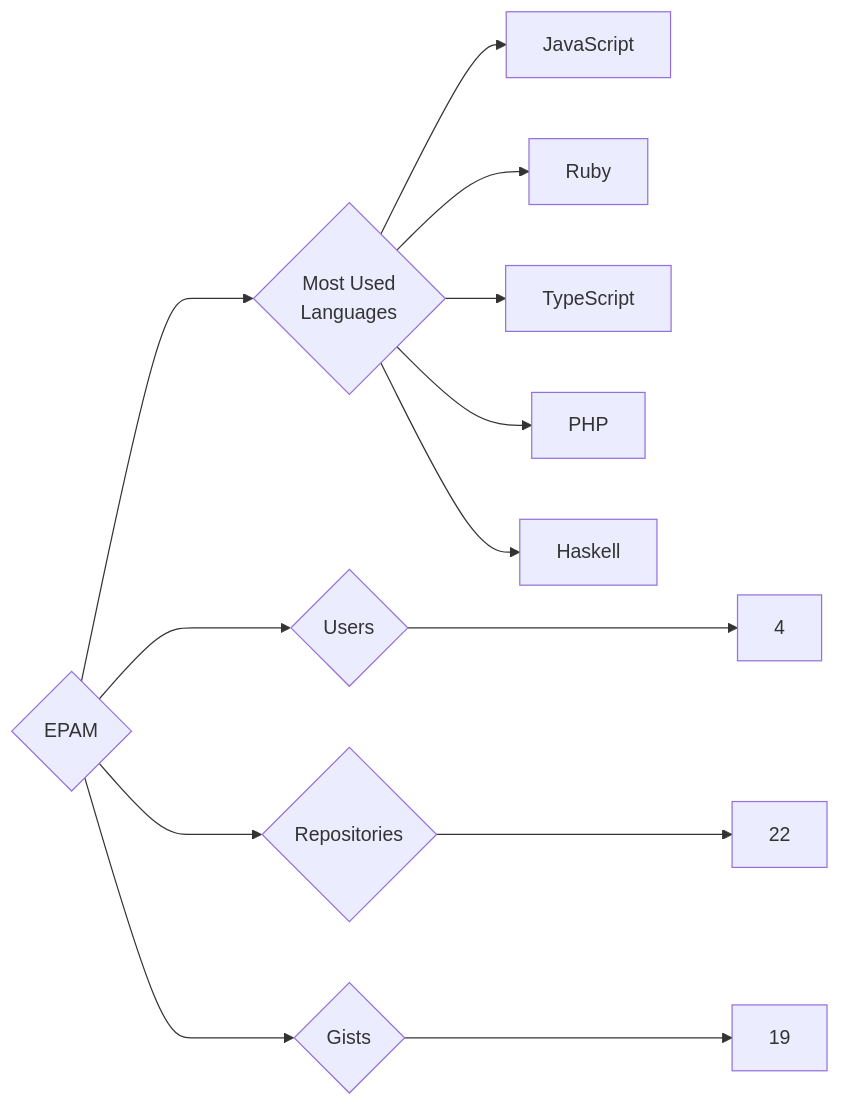
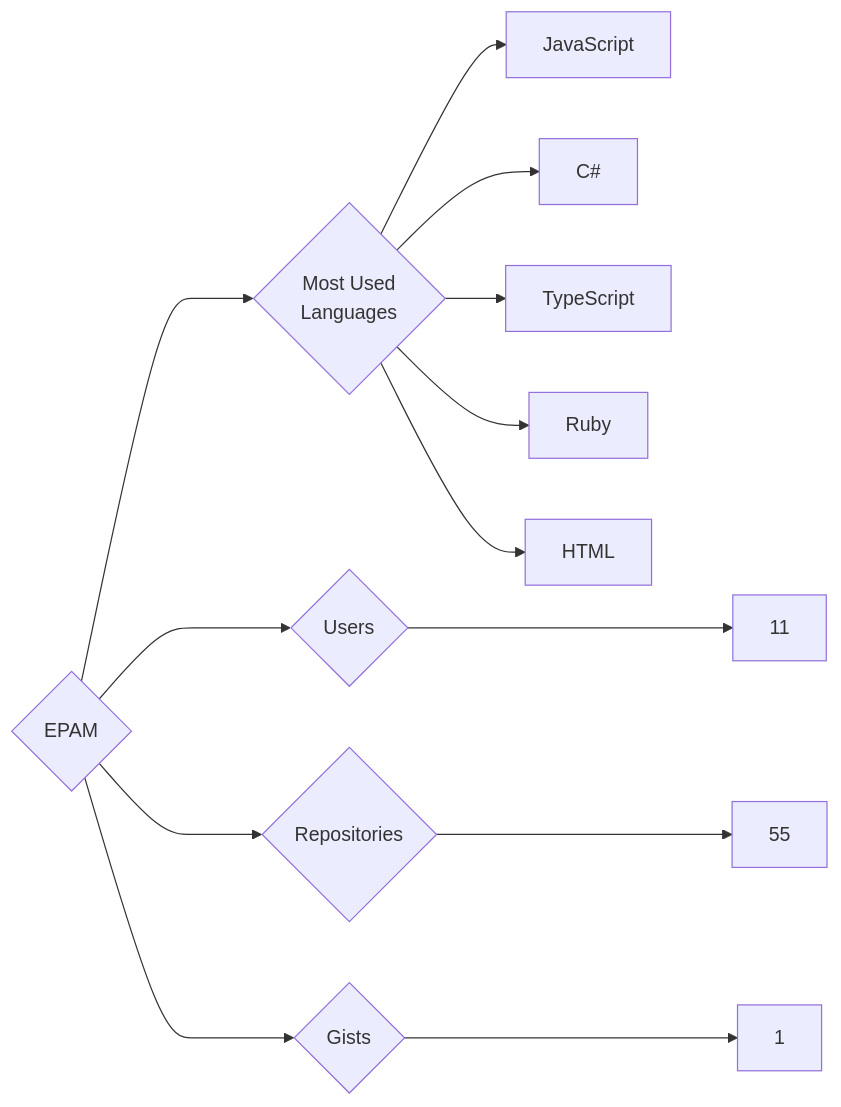
The diagram in targets/EPAM/README.md (trickest/insiders), drawn with Mermaid before and after one commit. The commit also changed 1167 other files, not shown here.

````diff
--- a/targets/EPAM/README.md
+++ b/targets/EPAM/README.md
@@ -3,13 +3,13 @@
 ```mermaid
 graph LR
 COMPANY_NAME{EPAM}
-COMPANY_NAME ---> U{Users} ---> UN[4]
-COMPANY_NAME ---> R{Repositories} ---> RN[22]
-COMPANY_NAME ---> G{Gists} ---> GN[19]
+COMPANY_NAME ---> U{Users} ---> UN[11]
+COMPANY_NAME ---> R{Repositories} ---> RN[55]
+COMPANY_NAME ---> G{Gists} ---> GN[1]
 COMPANY_NAME ---> ML{Most Used<br>Languages}
 ML --> JavaScript[JavaScript]
+ML --> C#[C#]
+ML --> TypeScript[TypeScript]
 ML --> Ruby[Ruby]
-ML --> TypeScript[TypeScript]
-ML --> PHP[PHP]
-ML --> Haskell[Haskell]
+ML --> HTML[HTML]
 ```
````
